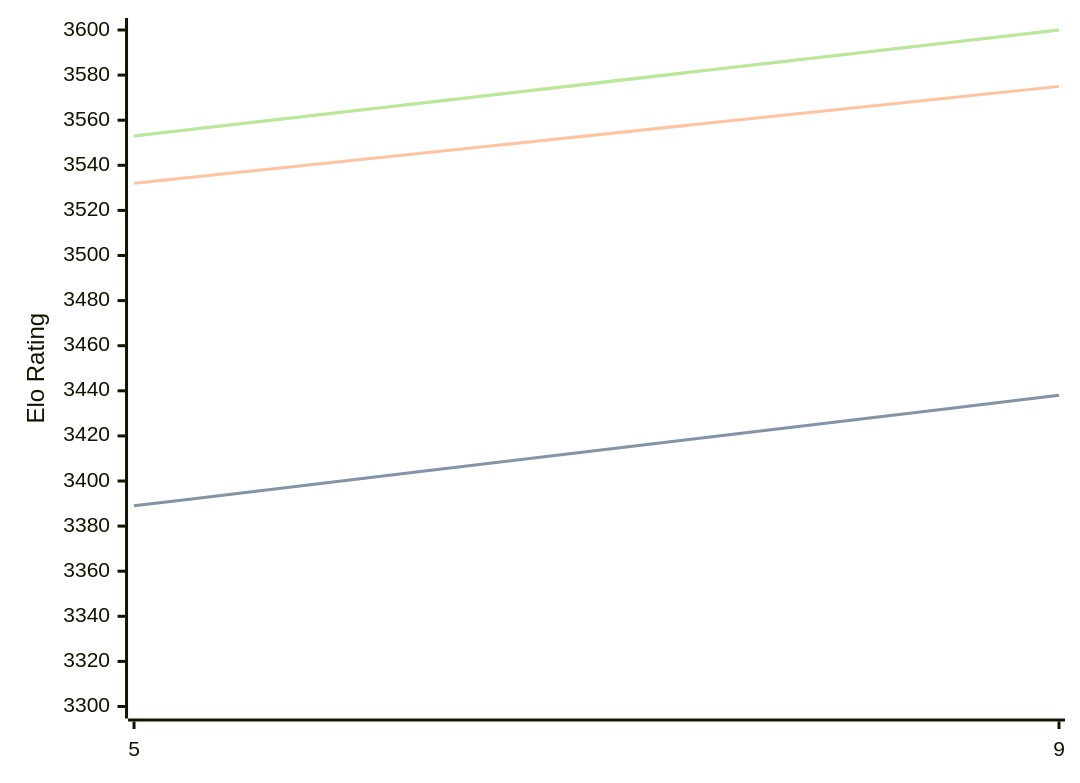
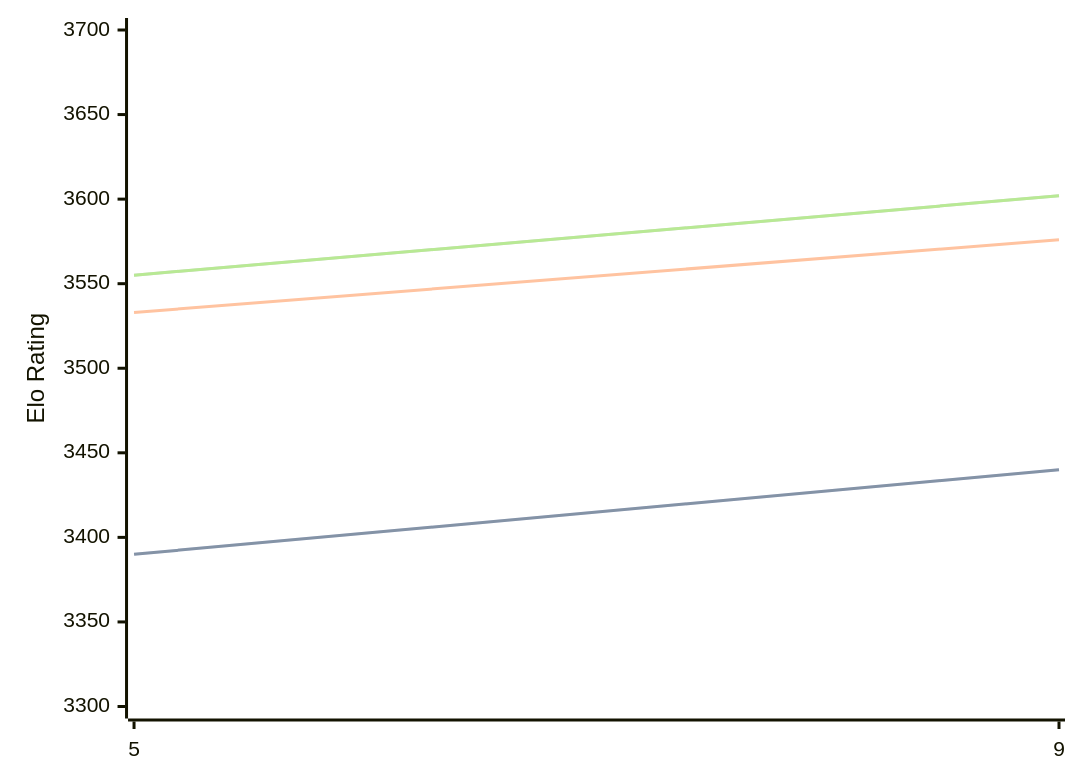
Before and after one commit to computer-chess-index/cci: the diagram in engines/Crystal.md, drawn with Mermaid. The commit also changed other lines of this file, not shown here.

Commit message:
Update CCI Ratings (ELO VLTC) - 2026-10-09

````diff
--- a/engines/Crystal.md
+++ b/engines/Crystal.md
@@ -32,11 +32,11 @@
 ```mermaid
 %%{init: {"theme":"base","themeVariables":{"seriesColors:['#a3a3a3','#222221','#faa371']}}}%%
 xychart-beta
   x-axis ["5", "9"]
-  y-axis "Elo Rating" 3300 --> 3600
-  line "" [3389, 3438]
-  line "STC (8.0+0.08s)" [3389, 3438]
-  line "LTC (60.0+0.60s)" [3532, 3575]
-  line "" [3553, 3600]
-  line "VLTC (2m24s+1.12s)" [3553, 3600]
+  y-axis "Elo Rating" 3300 --> 3700
+  line "" [3390, 3440]
+  line "STC (8.0+0.08s)" [3390, 3440]
+  line "LTC (60.0+0.60s)" [3533, 3576]
+  line "" [3555, 3602]
+  line "VLTC (2m24s+1.12s)" [3555, 3602]
 ```
````
